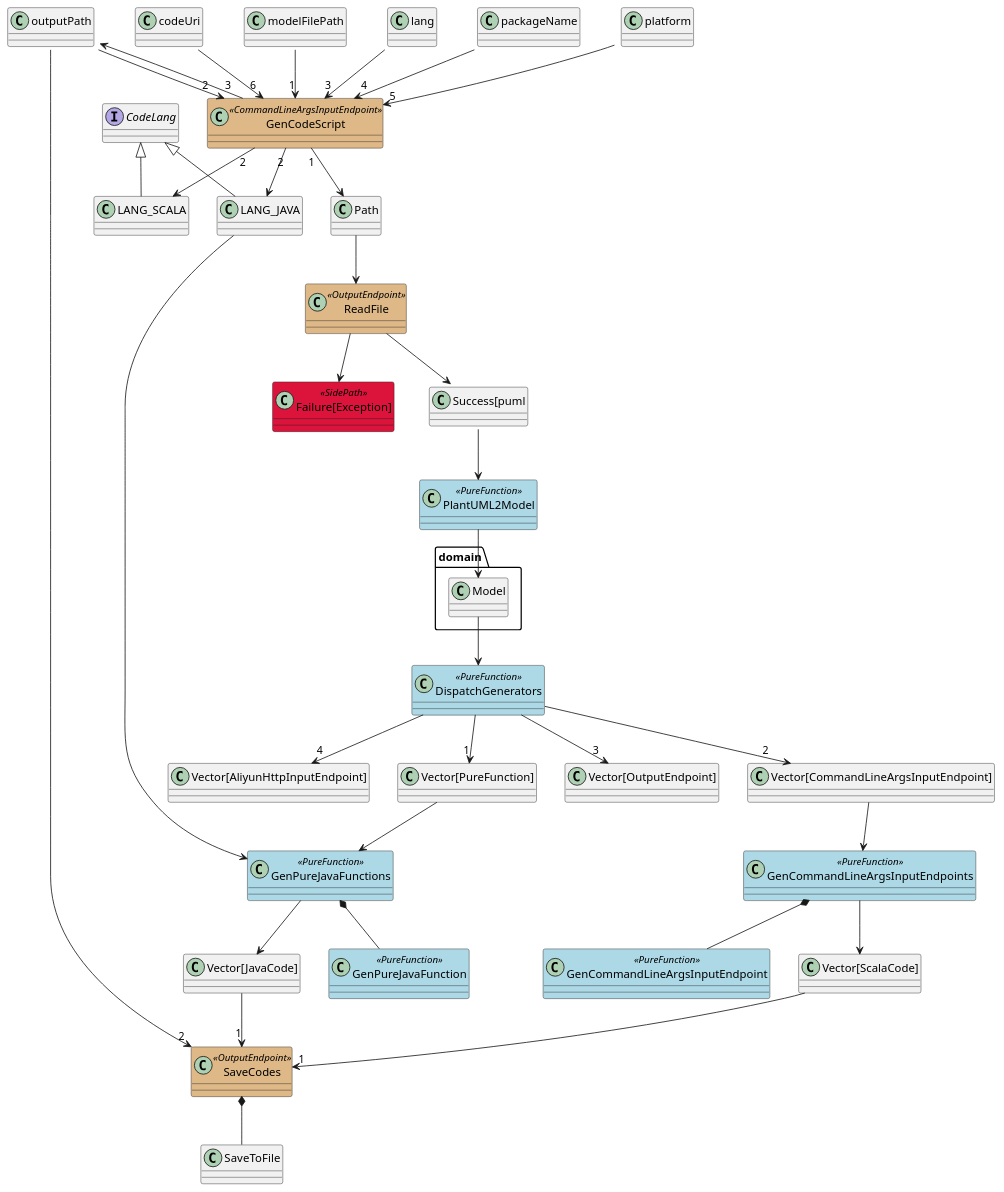
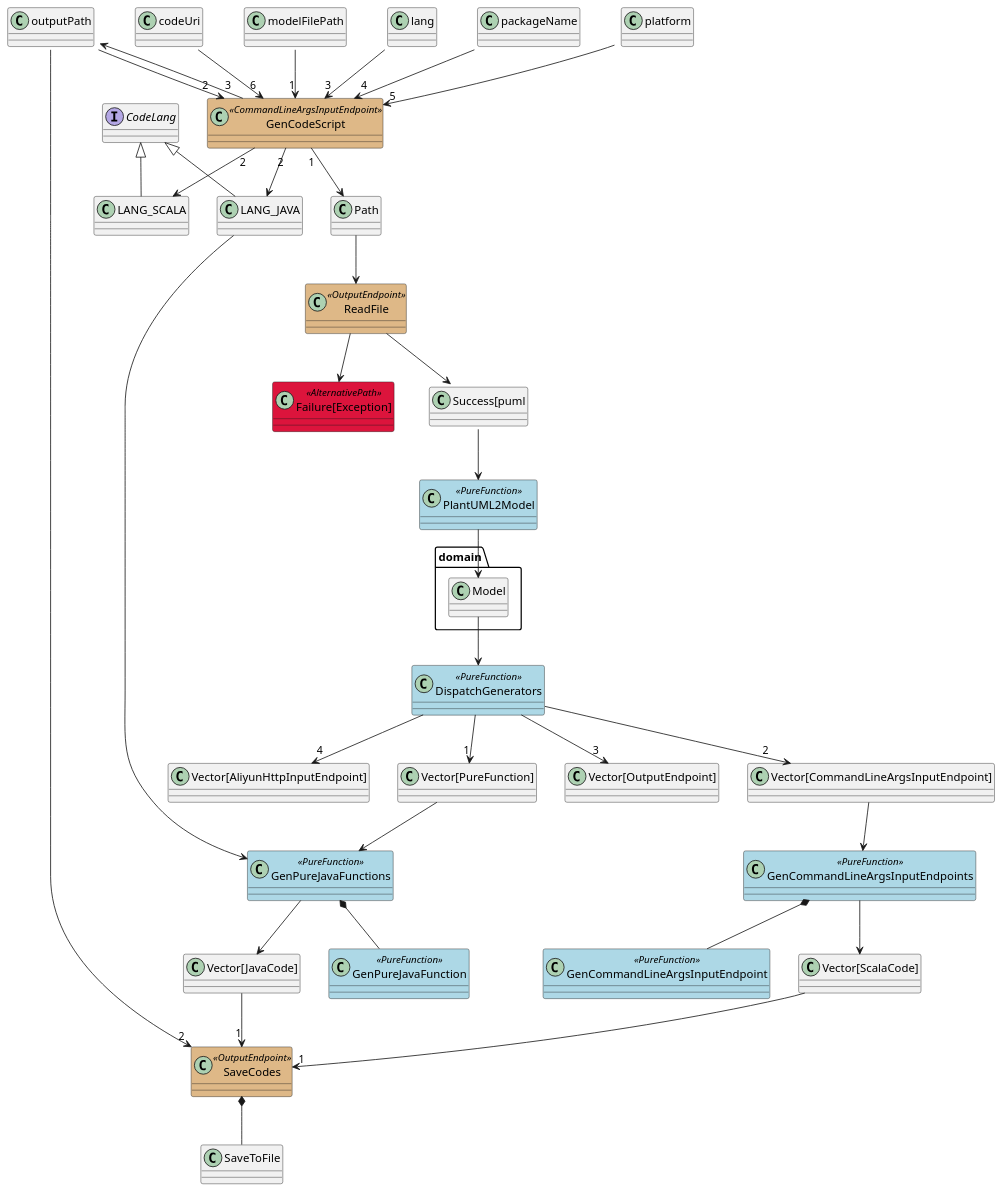
The diagram in typeflow/tooling/GenCode.puml (notyy/TypeFlow), drawn with PlantUML before and after one commit.

Commit message:
use AlternativePath

```diff
--- a/typeflow/tooling/GenCode.puml
+++ b/typeflow/tooling/GenCode.puml
@@ -1,56 +1,56 @@
 @startuml
 skinparam class {
 	BackgroundColor<<CommandLineInputEndpoint>> BurlyWood
 	BackgroundColor<<CommandLineArgsInputEndpoint>> BurlyWood
 	BackgroundColor<<AliyunHttpInputEndpoint>> BurlyWood
 	BackgroundColor<<OutputEndpoint>> BurlyWood
 	BackgroundColor<<PureFunction>> LightBlue
-	BackgroundColor<<SidePath>> Crimson
+	BackgroundColor<<AlternativePath>> Crimson
 }
 
 class GenCodeScript <<CommandLineArgsInputEndpoint>>
 class ReadFile <<OutputEndpoint>>
 class PlantUML2Model <<PureFunction>>
 class GenPureJavaFunctions <<PureFunction>>
 class GenPureJavaFunction <<PureFunction>>
 class GenCommandLineArgsInputEndpoints <<PureFunction>>
 class GenCommandLineArgsInputEndpoint <<PureFunction>>
 class DispatchGenerators <<PureFunction>>
 class SaveCodes <<OutputEndpoint>>
-class "Failure[Exception]" <<SidePath>>
+class "Failure[Exception]" <<AlternativePath>>
 interface CodeLang
 CodeLang <|-- LANG_JAVA
 CodeLang <|-- LANG_SCALA
 
 modelFilePath::String --> "1" GenCodeScript
 outputPath::String --> "2" GenCodeScript
 lang::String --> "3" GenCodeScript
 packageName::String --> "4" GenCodeScript
 platform::String --> "5" GenCodeScript
 codeUri::String --> "6" GenCodeScript
 GenCodeScript "1" --> Path
 GenCodeScript "2" --> LANG_JAVA
 GenCodeScript "2" --> LANG_SCALA
 GenCodeScript "3" --> outputPath::Path
 LANG_JAVA -> GenPureJavaFunctions
 Path --> ReadFile
 ReadFile --> "Success[puml::String]"
 ReadFile --> "Failure[Exception]"
 "Success[puml::String]" --> PlantUML2Model
 PlantUML2Model --> domain.Model
 domain.Model --> DispatchGenerators
 DispatchGenerators --> "1" "Vector[PureFunction]"
 DispatchGenerators --> "2" "Vector[CommandLineArgsInputEndpoint]"
 DispatchGenerators --> "3" "Vector[OutputEndpoint]"
 DispatchGenerators --> "4" "Vector[AliyunHttpInputEndpoint]"
 "Vector[PureFunction]" --> GenPureJavaFunctions
 GenPureJavaFunctions --> "Vector[JavaCode]"
 GenPureJavaFunctions *-- GenPureJavaFunction
 "Vector[CommandLineArgsInputEndpoint]" --> GenCommandLineArgsInputEndpoints
 GenCommandLineArgsInputEndpoints --> "Vector[ScalaCode]"
 GenCommandLineArgsInputEndpoints *-- GenCommandLineArgsInputEndpoint
 "Vector[ScalaCode]" --> "1" SaveCodes
 "Vector[JavaCode]" --> "1" SaveCodes
 outputPath::Path --> "2" SaveCodes
 SaveCodes *-- SaveToFile
 @enduml
```
